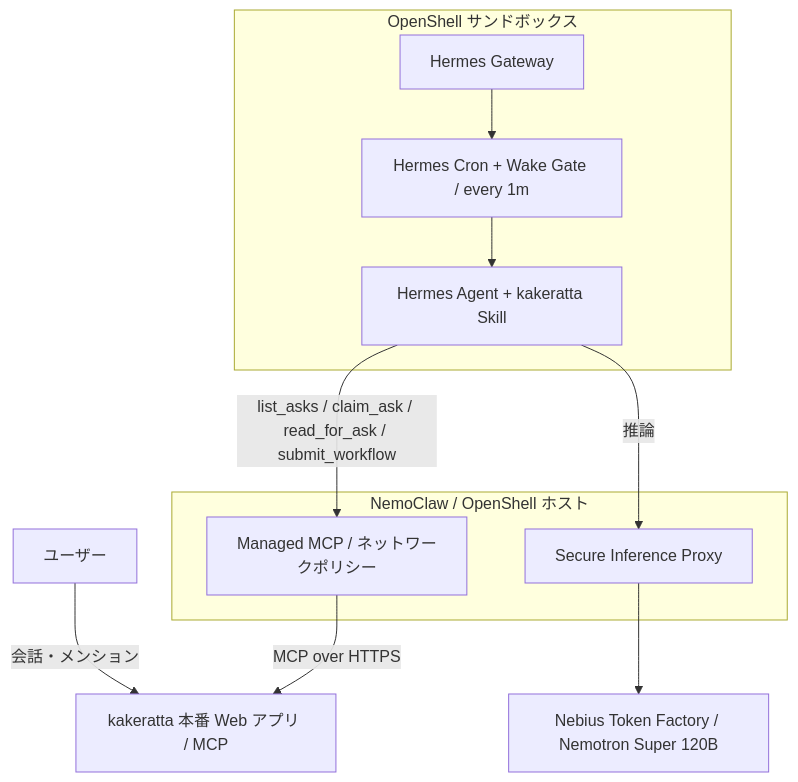
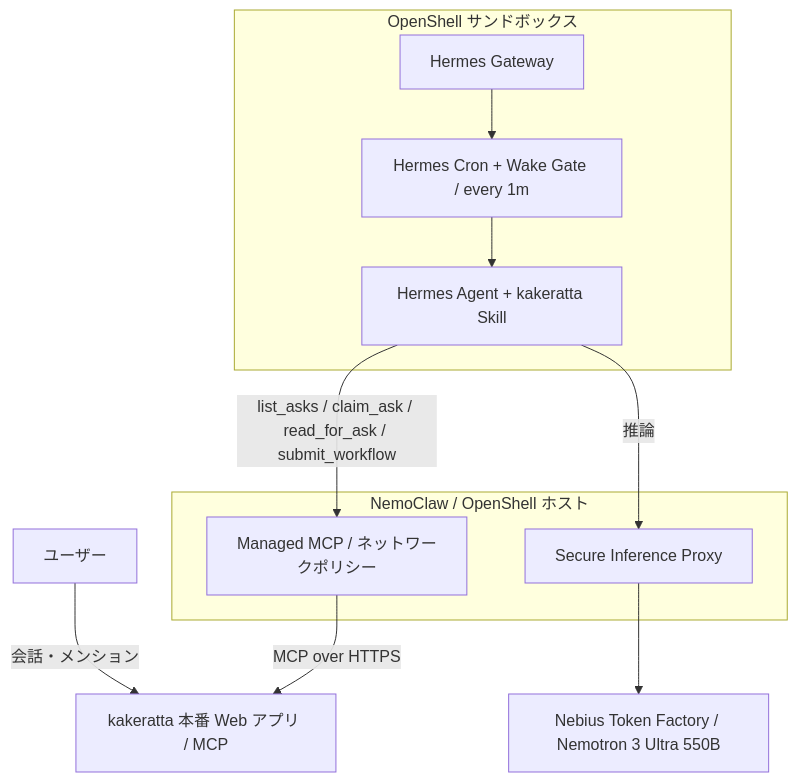
The diagram in docs/nemoclaw-hermes-integration_ja.md (takeshy/kakeratta), drawn with Mermaid before and after one commit. The commit also changed other lines of this file and 4 other files, not shown here.

````diff
--- a/docs/nemoclaw-hermes-integration_ja.md
+++ b/docs/nemoclaw-hermes-integration_ja.md
@@ -14,16 +14,16 @@
 ```mermaid
 flowchart TD
     U["ユーザー"] -->|"会話・メンション"| K["kakeratta 本番 Web アプリ / MCP"]
     subgraph H["NemoClaw / OpenShell ホスト"]
       M["Managed MCP / ネットワークポリシー"]
       P["Secure Inference Proxy"]
     end
     subgraph S["OpenShell サンドボックス"]
       G["Hermes Gateway"]
       C["Hermes Cron + Wake Gate / every 1m"]
       A["Hermes Agent + kakeratta Skill"]
       G --> C --> A
     end
     A -->|"list_asks / claim_ask / read_for_ask / submit_workflow"| M -->|"MCP over HTTPS"| K
-    A -->|"推論"| P --> N["Nebius Token Factory / Nemotron Super 120B"]
+    A -->|"推論"| P --> N["Nebius Token Factory / Nemotron 3 Ultra 550B"]
 ```
````
